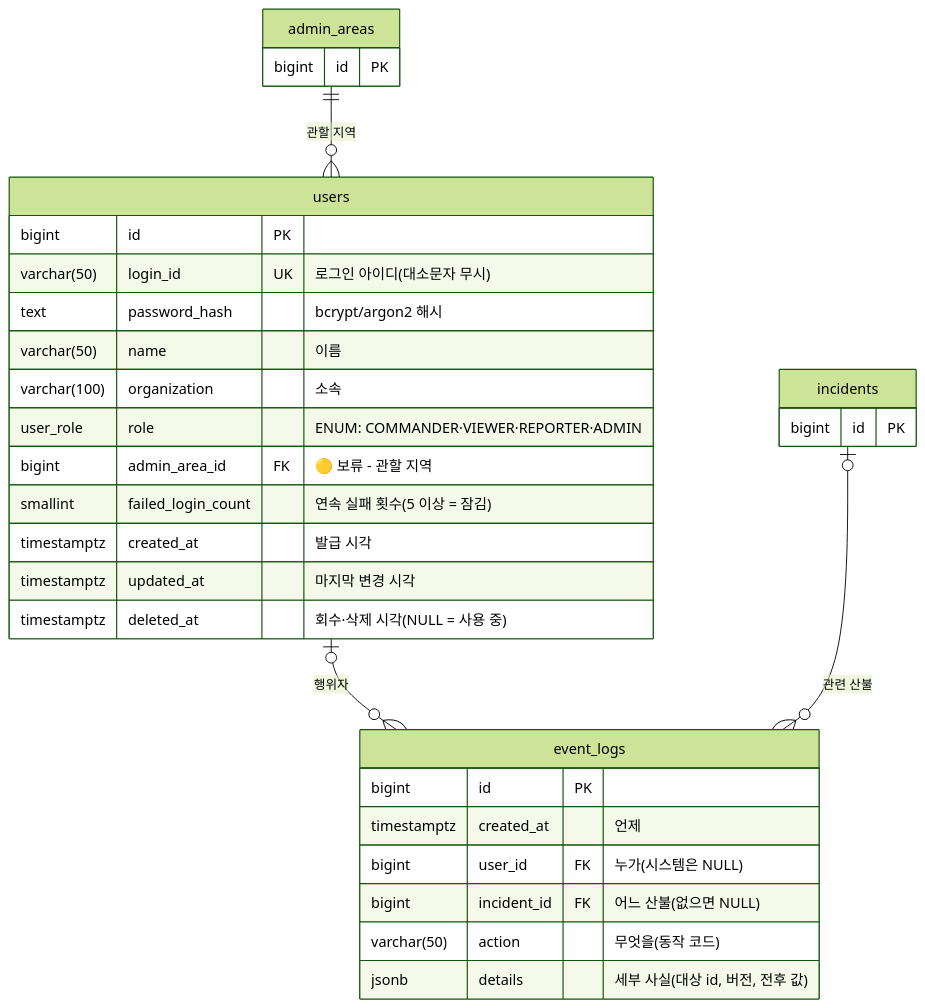
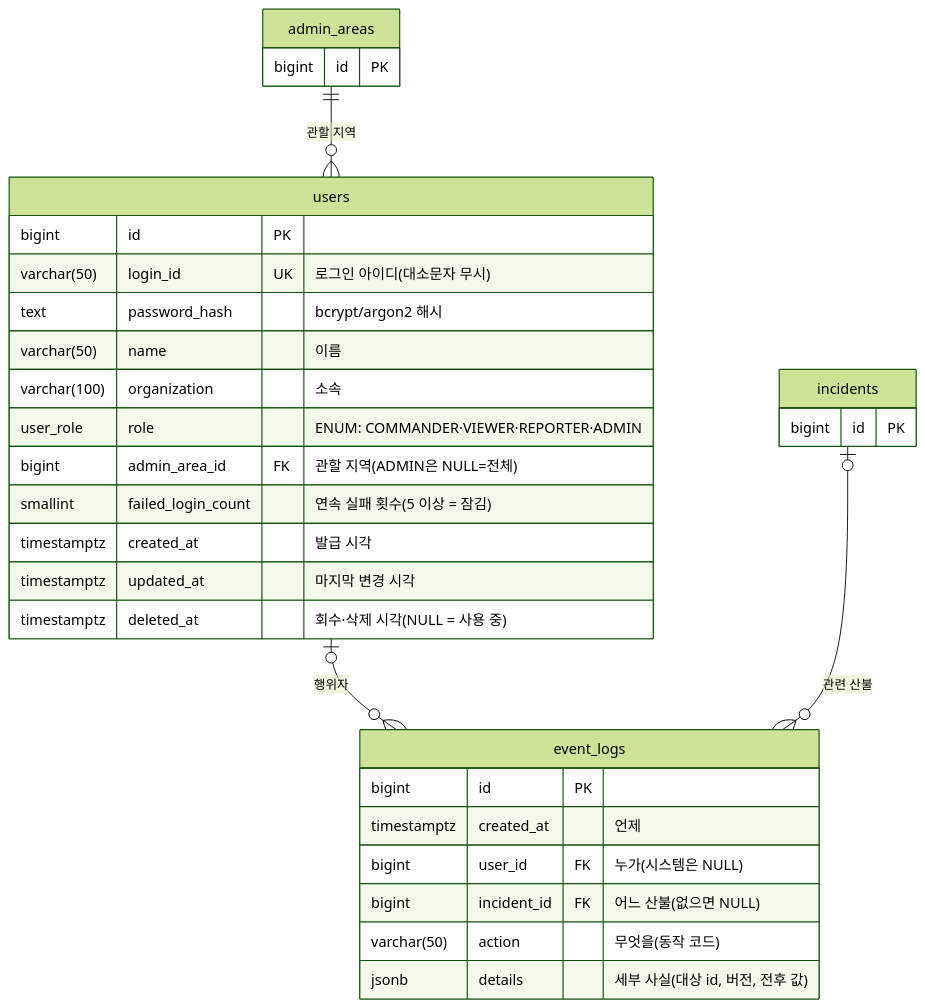
One commit to wildfire-guard-capstone/wfg-docs changed the eighth of 8 diagrams in docs/설계/DB-설계.md. Above: the diagram before and after it, drawn with Mermaid (forest theme). The commit also changed other lines of this file, not shown here.

Commit message:
docs: DB 설계 — users.admin_area_id 유지 확정(D-24), A 묶음 완료

````diff
--- a/docs/설계/DB-설계.md
+++ b/docs/설계/DB-설계.md
@@ -600,37 +600,37 @@
 ```mermaid
 erDiagram
     admin_areas ||--o{ users : "관할 지역"
     users |o--o{ event_logs : "행위자"
     incidents |o--o{ event_logs : "관련 산불"
 
     users {
         bigint id PK
         varchar(50) login_id UK "로그인 아이디(대소문자 무시)"
         text password_hash "bcrypt/argon2 해시"
         varchar(50) name "이름"
         varchar(100) organization "소속"
         user_role role "ENUM: COMMANDER·VIEWER·REPORTER·ADMIN"
-        bigint admin_area_id FK "🟡 보류 - 관할 지역"
+        bigint admin_area_id FK "관할 지역(ADMIN은 NULL=전체)"
         smallint failed_login_count "연속 실패 횟수(5 이상 = 잠김)"
         timestamptz created_at "발급 시각"
         timestamptz updated_at "마지막 변경 시각"
         timestamptz deleted_at "회수·삭제 시각(NULL = 사용 중)"
     }
 
     event_logs {
         bigint id PK
         timestamptz created_at "언제"
         bigint user_id FK "누가(시스템은 NULL)"
         bigint incident_id FK "어느 산불(없으면 NULL)"
         varchar(50) action "무엇을(동작 코드)"
         jsonb details "세부 사실(대상 id, 버전, 전후 값)"
     }
 
     admin_areas {
         bigint id PK
     }
 
     incidents {
         bigint id PK
     }
 ```
````
